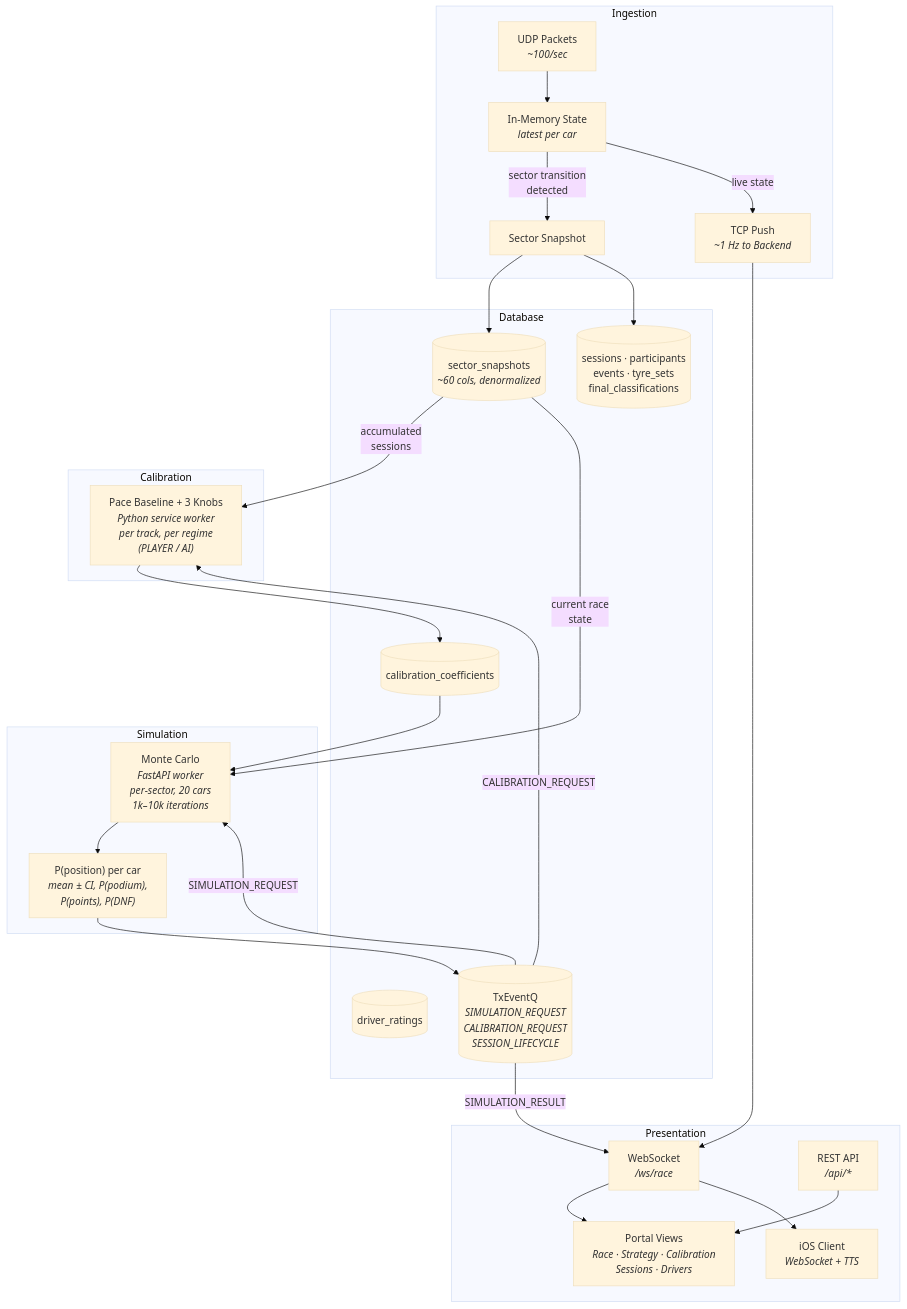
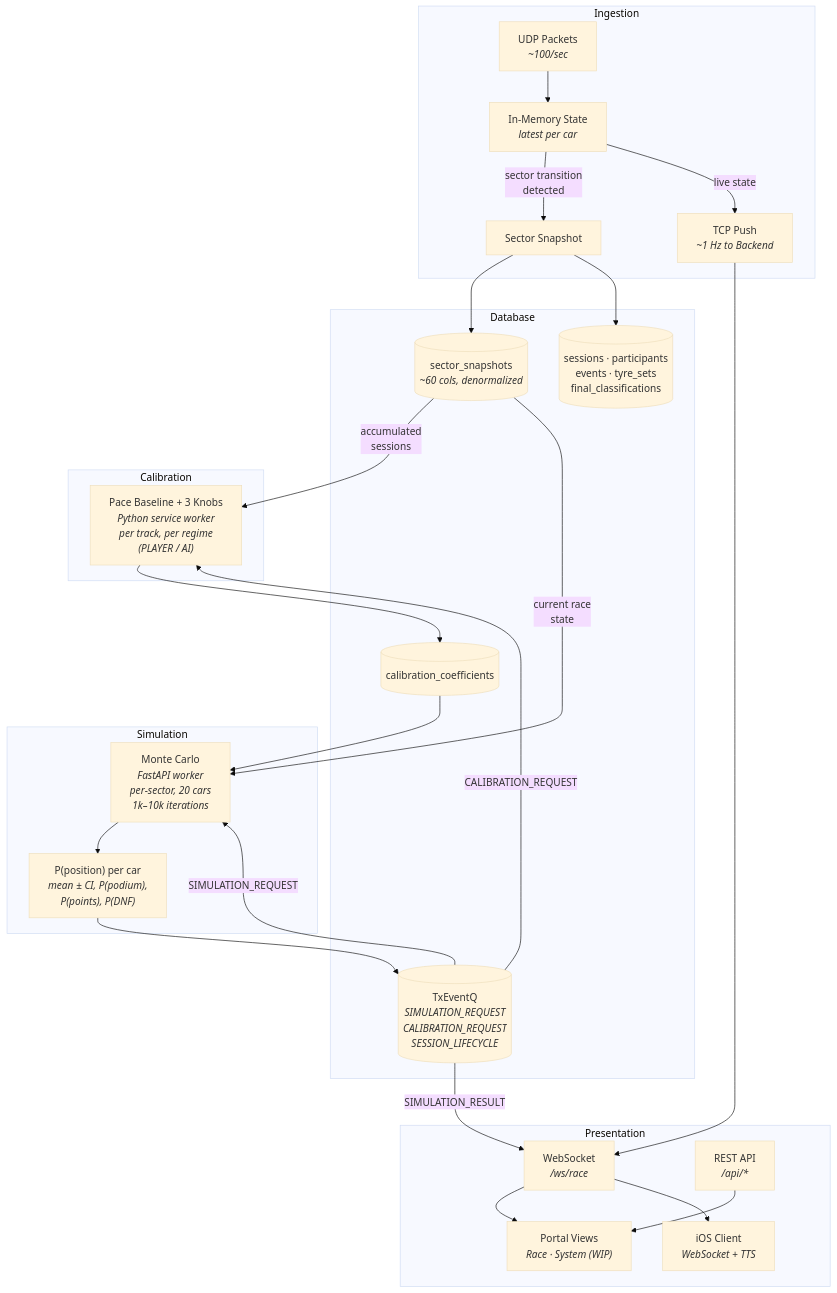
One commit to vmleon/f12025-race-strategy-simulation changed the second of 2 diagrams in README.md. Above: the diagram before and after it, drawn with Mermaid (base theme). The commit also changed other lines of this file and 4 other files, not shown here.

````diff
--- a/README.md
+++ b/README.md
@@ -43,52 +43,51 @@
 ```mermaid
 graph TD
     subgraph Ingestion
         UDP["UDP Packets<br/><i>~100/sec</i>"]
         Mem["In-Memory State<br/><i>latest per car</i>"]
         Snap["Sector Snapshot"]
         TCP["TCP Push<br/><i>~1 Hz to Backend</i>"]
         UDP --> Mem
         Mem -- "sector transition<br/>detected" --> Snap
         Mem -- "live state" --> TCP
     end
 
     subgraph Database
         SS[("sector_snapshots<br/><i>~60 cols, denormalized</i>")]
         CC[("calibration_coefficients")]
-        DR[("driver_ratings")]
         Aux[("sessions · participants<br/>events · tyre_sets<br/>final_classifications")]
         Q[("TxEventQ<br/><i>SIMULATION_REQUEST<br/>CALIBRATION_REQUEST<br/>SESSION_LIFECYCLE</i>")]
     end
 
     subgraph Calibration
         Fit["Pace Baseline + 3 Knobs<br/><i>Python service worker<br/>per track, per regime<br/>(PLAYER / AI)</i>"]
     end
 
     subgraph Simulation
         MC["Monte Carlo<br/><i>FastAPI worker<br/>per-sector, 20 cars<br/>1k–10k iterations</i>"]
         Out["P(position) per car<br/><i>mean ± CI, P(podium),<br/>P(points), P(DNF)</i>"]
         MC --> Out
     end
 
     subgraph Presentation
         WS["WebSocket<br/><i>/ws/race</i>"]
         REST["REST API<br/><i>/api/*</i>"]
-        Views["Portal Views<br/><i>Race · Strategy · Calibration<br/>Sessions · Drivers</i>"]
+        Views["Portal Views<br/><i>Race · System (WIP)</i>"]
         iOS["iOS Client<br/><i>WebSocket + TTS</i>"]
         WS --> Views
         WS --> iOS
         REST --> Views
     end
 
     Snap --> SS
     Snap --> Aux
     TCP --> WS
     Q -- "CALIBRATION_REQUEST" --> Fit
     SS -- "accumulated<br/>sessions" --> Fit
     Fit --> CC
     Q -- "SIMULATION_REQUEST" --> MC
     CC --> MC
     SS -- "current race<br/>state" --> MC
     Out --> Q
     Q -- "SIMULATION_RESULT" --> WS
 ```
````
